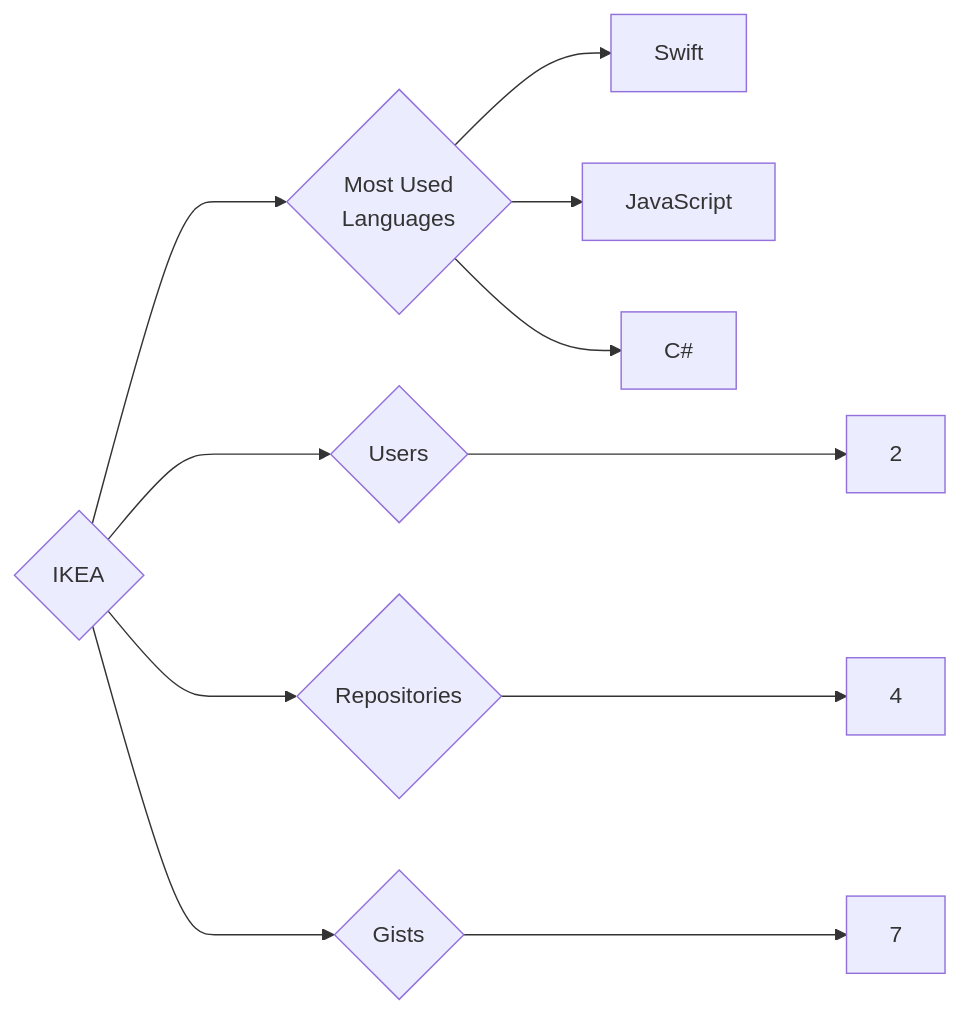
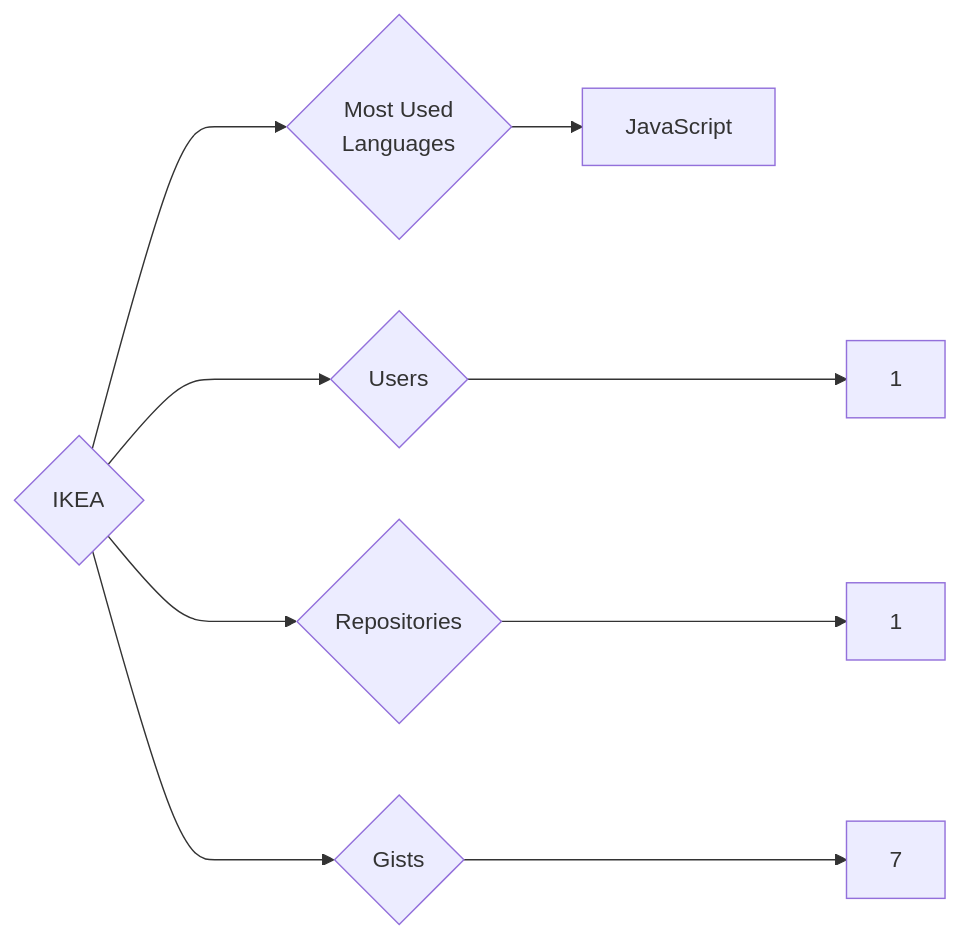
The diagram in targets/IKEA/README.md (trickest/insiders), drawn with Mermaid before and after one commit. The commit also changed 1149 other files, not shown here.

````diff
--- a/targets/IKEA/README.md
+++ b/targets/IKEA/README.md
@@ -3,11 +3,9 @@
 ```mermaid
 graph LR
 COMPANY_NAME{IKEA}
-COMPANY_NAME ---> U{Users} ---> UN[2]
-COMPANY_NAME ---> R{Repositories} ---> RN[4]
+COMPANY_NAME ---> U{Users} ---> UN[1]
+COMPANY_NAME ---> R{Repositories} ---> RN[1]
 COMPANY_NAME ---> G{Gists} ---> GN[7]
 COMPANY_NAME ---> ML{Most Used<br>Languages}
-ML --> Swift[Swift]
 ML --> JavaScript[JavaScript]
-ML --> C#[C#]
 ```
````
